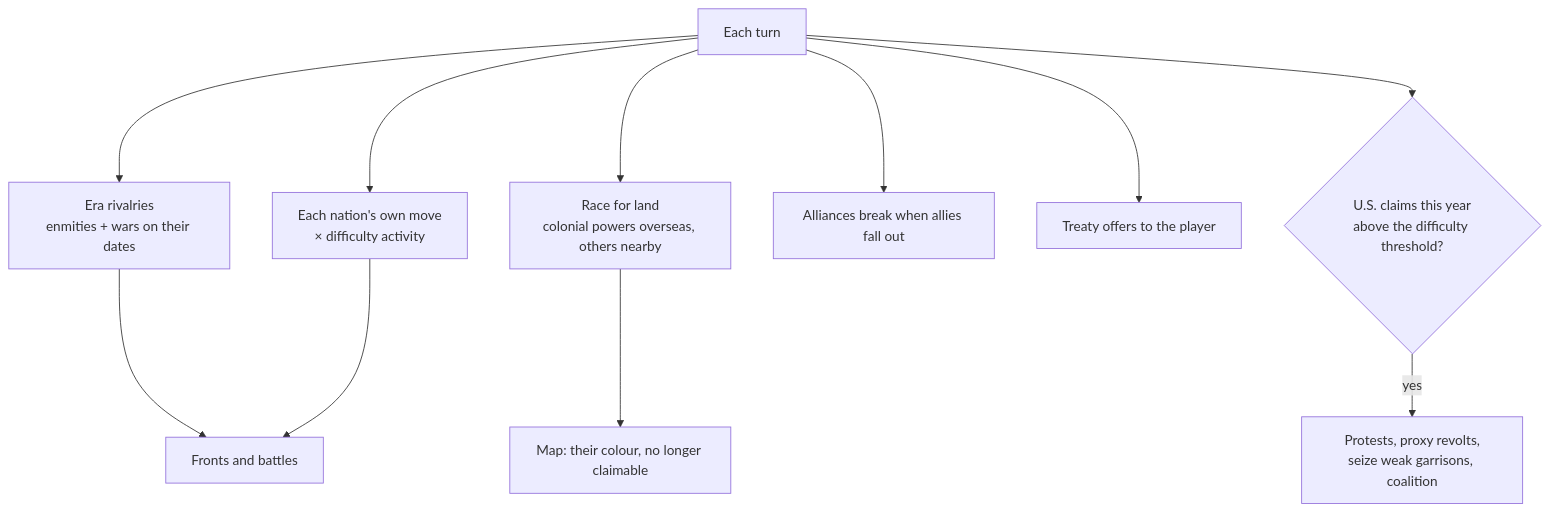
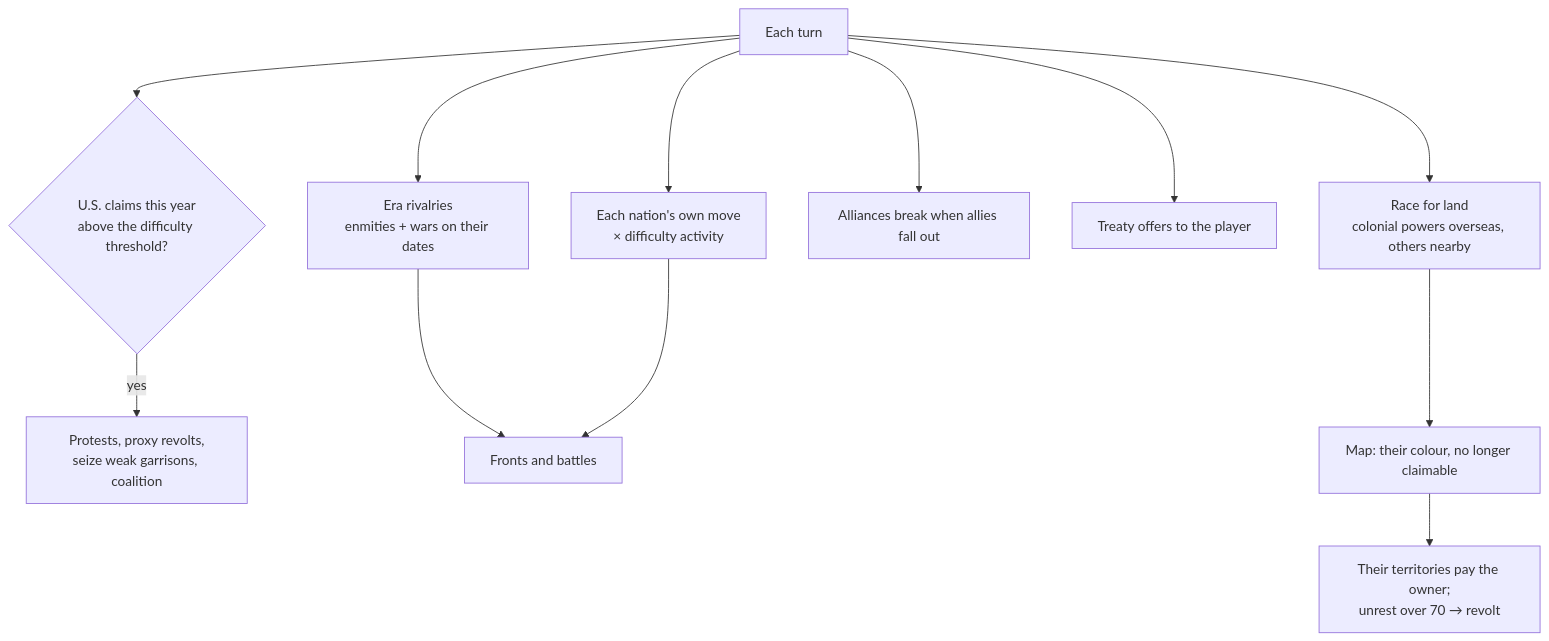
One commit to kochj23/GTNW changed the second of 18 diagrams in README.md. Above: the diagram before and after it, drawn with Mermaid. The commit also changed other lines of this file and 9 other files, not shown here.

````diff
--- a/README.md
+++ b/README.md
@@ -172,13 +181,14 @@
   ```mermaid
   flowchart TD
       T[Each turn] --> R[Era rivalries<br/>enmities + wars on their dates]
       T --> E[Race for land<br/>colonial powers overseas, others nearby]
       T --> X{U.S. claims this year<br/>above the difficulty threshold?}
       X -- yes --> P[Protests, proxy revolts,<br/>seize weak garrisons, coalition]
       T --> A[Alliances break when allies fall out]
       T --> O[Treaty offers to the player]
       T --> AI[Each nation's own move<br/>× difficulty activity]
       R --> W[Fronts and battles]
       AI --> W
       E --> M[Map: their colour, no longer claimable]
+      M --> I[Their territories pay the owner;<br/>unrest over 70 → revolt]
   ```
````
